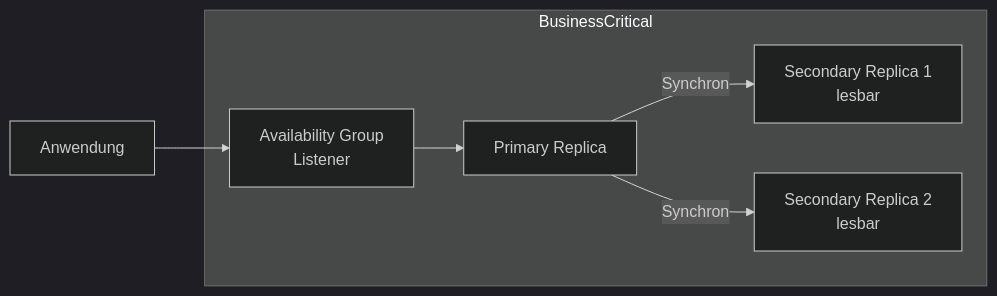
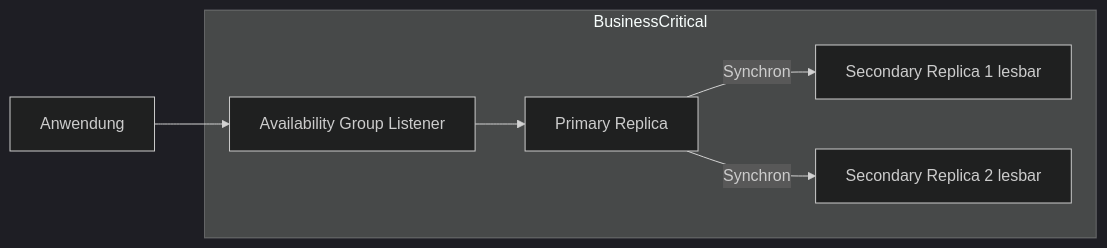
Before and after one commit to SoniiiT/notes-n-docs: the second of 7 diagrams in Microsoft 365/Azure/Arc/Arc-enabled Data Services.md, drawn with Mermaid (dark theme). The commit also changed other lines of this file and 124 other files, not shown here.

First line of the commit message:
fix: Entferne \n aus allen Mermaid-Diagrammen (125 Dateien)

````diff
--- a/Microsoft 365/Azure/Arc/Arc-enabled Data Services.md
+++ b/Microsoft 365/Azure/Arc/Arc-enabled Data Services.md
@@ -68,14 +68,14 @@
 ```mermaid
 graph LR
     subgraph BusinessCritical
         PRIMARY[Primary Replica]
-        SEC1[Secondary Replica 1\nlesbar]
-        SEC2[Secondary Replica 2\nlesbar]
-        LISTENER[Availability Group\nListener]
+        SEC1[Secondary Replica 1 lesbar]
+        SEC2[Secondary Replica 2 lesbar]
+        LISTENER[Availability Group Listener]
     end
 
     CLIENT[Anwendung] --> LISTENER
     LISTENER --> PRIMARY
     PRIMARY -->|Synchron| SEC1
     PRIMARY -->|Synchron| SEC2
 ```
````
